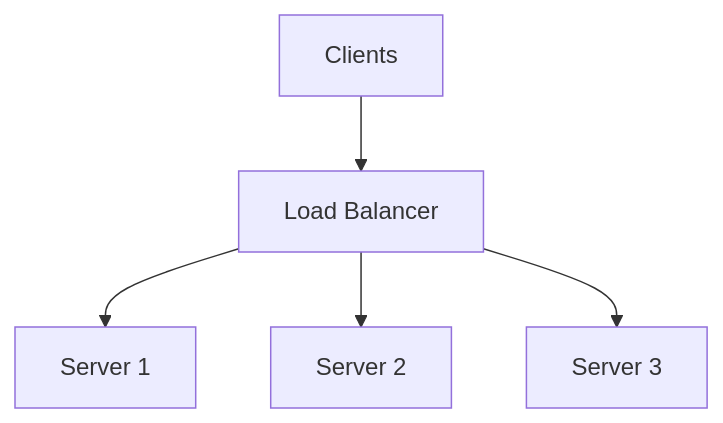
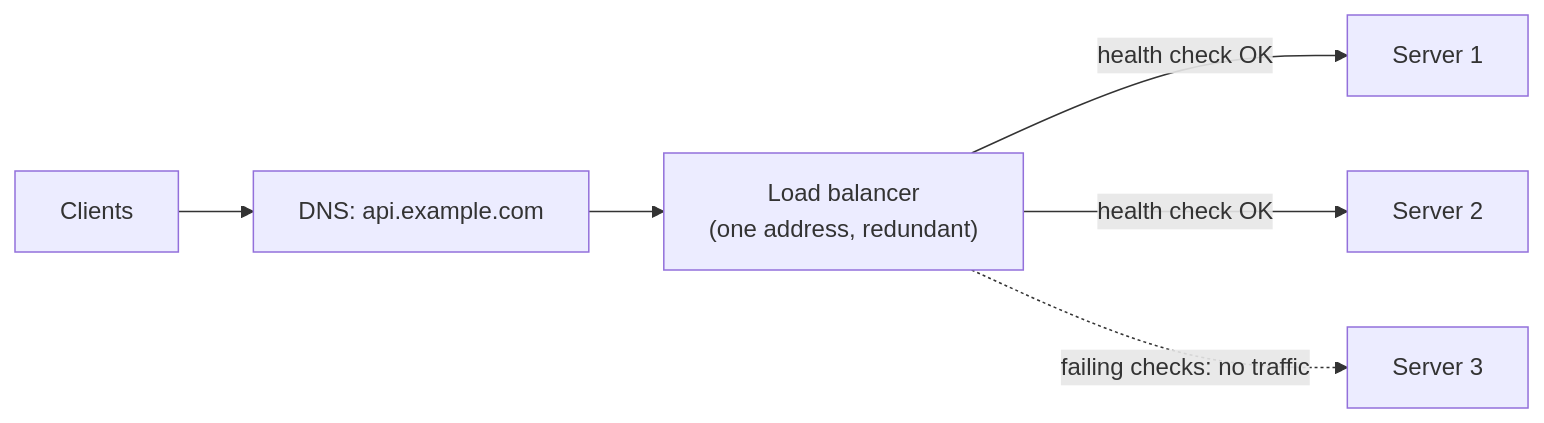
Before and after one commit to AdityaNarayan29/masstDocs: the first of 2 diagrams in content/docs/building-blocks/load-balancer.mdx, drawn with Mermaid. The commit also changed other lines of this file and 2789 other files, not shown here.

````diff
--- a/content/docs/building-blocks/load-balancer.mdx
+++ b/content/docs/building-blocks/load-balancer.mdx
@@ -14,7 +28,8 @@
 ```mermaid
-flowchart TD
-    C["Clients"] --> LB["Load Balancer"]
-    LB --> S1["Server 1"]
-    LB --> S2["Server 2"]
-    LB --> S3["Server 3"]
+flowchart LR
+    C["Clients"] --> DNS["DNS: api.example.com"]
+    DNS --> LB["Load balancer<br/>(one address, redundant)"]
+    LB -->|"health check OK"| S1["Server 1"]
+    LB -->|"health check OK"| S2["Server 2"]
+    LB -.->|"failing checks: no traffic"| S3["Server 3"]
 ```
````
